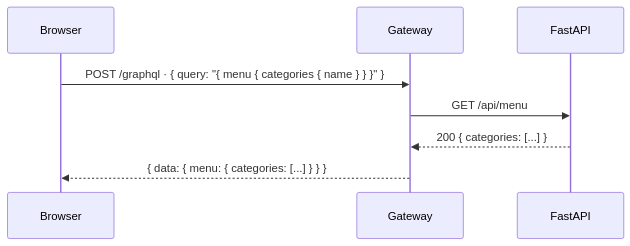
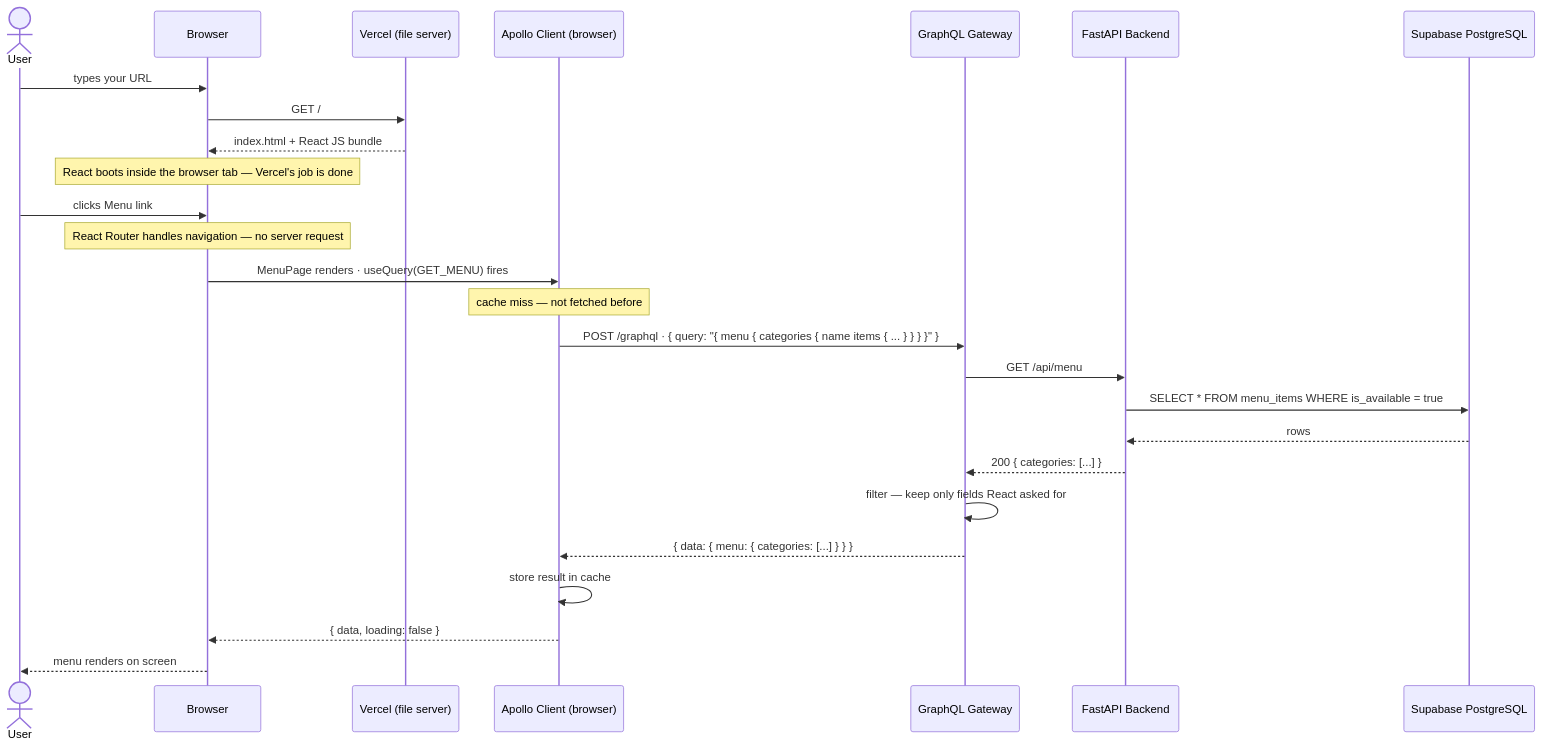
The first of 3 diagrams in src/docs/engineering-practices/graphql-request-flow.md (vikasparth/restaurant-main), drawn with Mermaid before and after one commit. The commit also changed other lines of this file, not shown here.

First line of the commit message:
docs: add Vercel page load and DB steps to graphql-request-flow diagrams

````diff
--- a/src/docs/engineering-practices/graphql-request-flow.md
+++ b/src/docs/engineering-practices/graphql-request-flow.md
@@ -38,11 +38,30 @@
 ```mermaid
 sequenceDiagram
+    actor User
     participant B as Browser
-    participant GW as Gateway
-    participant BE as FastAPI
+    participant Vercel as Vercel (file server)
+    participant APC as Apollo Client (browser)
+    participant GW as GraphQL Gateway
+    participant BE as FastAPI Backend
+    participant DB as Supabase PostgreSQL
 
-    B->>GW: POST /graphql · { query: "{ menu { categories { name } } }" }
+    User->>B: types your URL
+    B->>Vercel: GET /
+    Vercel-->>B: index.html + React JS bundle
+    Note over B: React boots inside the browser tab — Vercel's job is done
+
+    User->>B: clicks Menu link
+    Note over B: React Router handles navigation — no server request
+    B->>APC: MenuPage renders · useQuery(GET_MENU) fires
+    Note over APC: cache miss — not fetched before
+    APC->>GW: POST /graphql · { query: "{ menu { categories { name items { ... } } } }" }
     GW->>BE: GET /api/menu
+    BE->>DB: SELECT * FROM menu_items WHERE is_available = true
+    DB-->>BE: rows
     BE-->>GW: 200 { categories: [...] }
-    GW-->>B: { data: { menu: { categories: [...] } } }
+    GW->>GW: filter — keep only fields React asked for
+    GW-->>APC: { data: { menu: { categories: [...] } } }
+    APC->>APC: store result in cache
+    APC-->>B: { data, loading: false }
+    B-->>User: menu renders on screen
 ```
````
